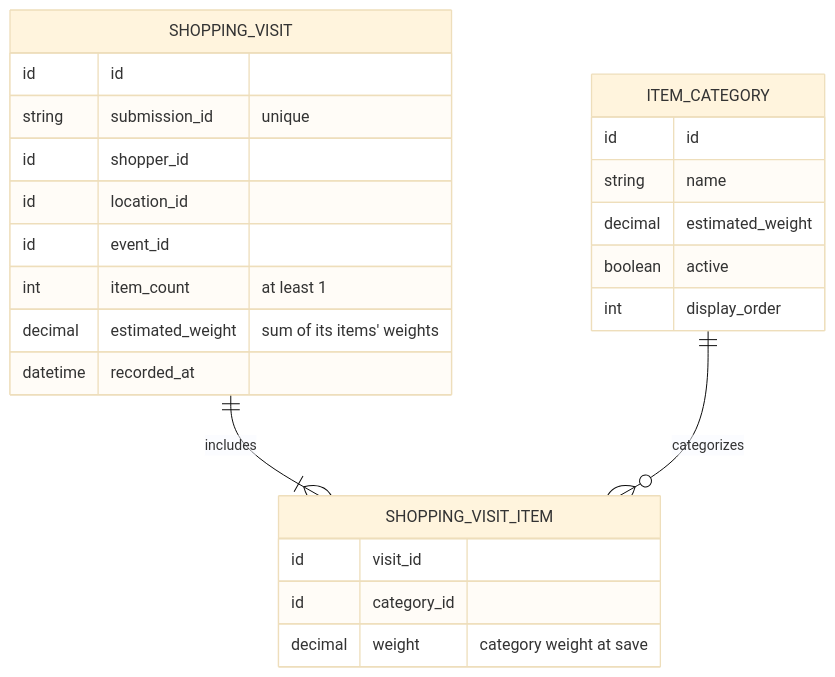
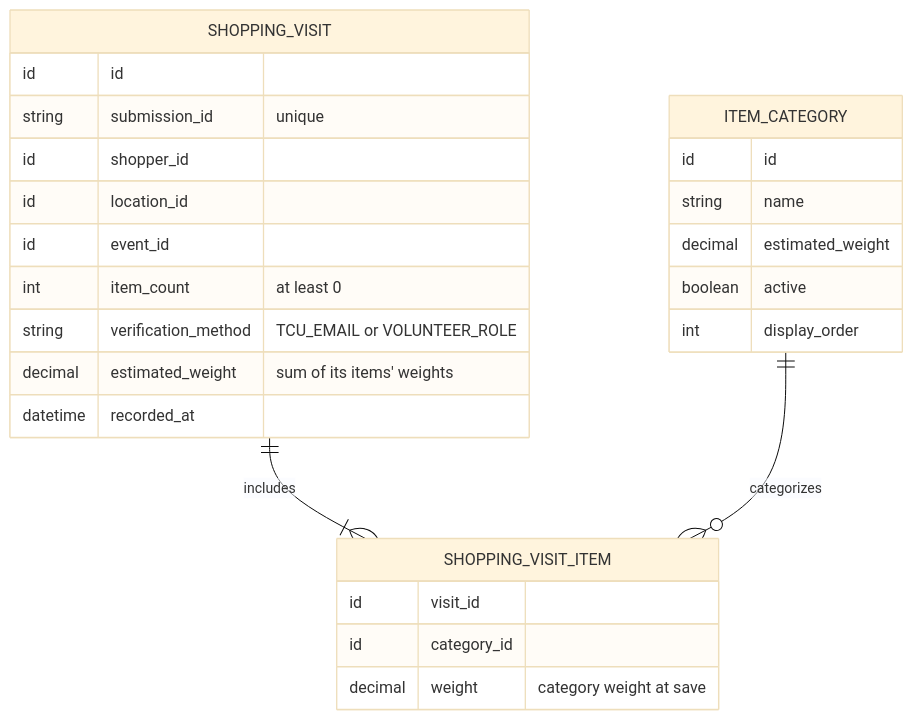
Before and after one commit to evelyntrann/cosc-40943-team-3-refrog: the third of 3 diagrams in docs/design/SHP.md, drawn with Mermaid (base theme). The commit also changed other lines of this file and 22 other files, not shown here.

````diff
--- a/docs/design/SHP.md
+++ b/docs/design/SHP.md
@@ -268,27 +265,28 @@
 ```mermaid
 erDiagram
     SHOPPING_VISIT ||--|{ SHOPPING_VISIT_ITEM : "includes"
     ITEM_CATEGORY ||--o{ SHOPPING_VISIT_ITEM : "categorizes"
     ITEM_CATEGORY {
         id id
         string name
         decimal estimated_weight
         boolean active
         int display_order
     }
     SHOPPING_VISIT {
         id id
         string submission_id "unique"
         id shopper_id
         id location_id
         id event_id
-        int item_count "at least 1"
+        int item_count "at least 0"
+        string verification_method "TCU_EMAIL or VOLUNTEER_ROLE"
         decimal estimated_weight "sum of its items' weights"
         datetime recorded_at
     }
     SHOPPING_VISIT_ITEM {
         id visit_id
         id category_id
         decimal weight "category weight at save"
     }
 ```
````
